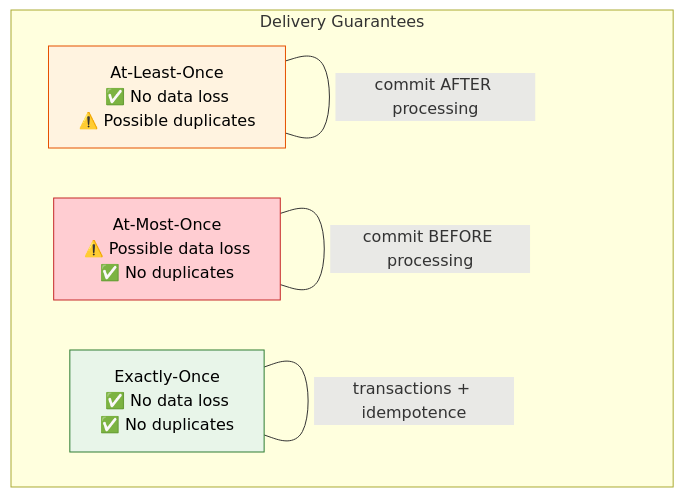
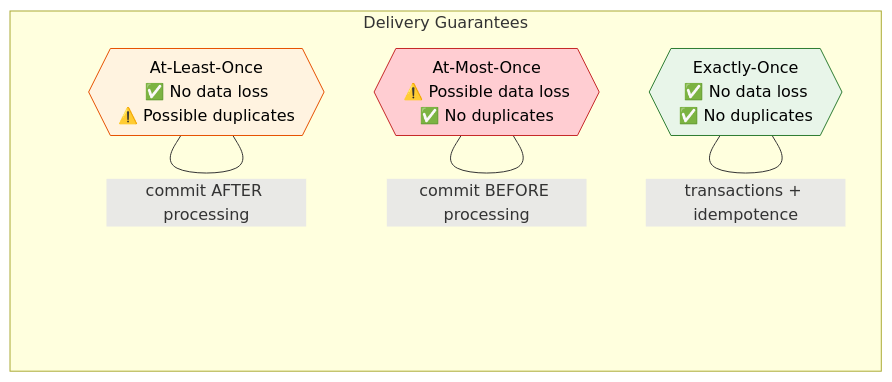
One commit to saivamsikaruturi/vamsilabs-dev-notes-main changed the eighth of 15 diagrams in docs/kafka-messaging/kafka.md. Above: the diagram before and after it, drawn with Mermaid. The commit also changed other lines of this file and 146 other files, not shown here.

Commit message:
Horizontal diagrams, UML class diagrams, typography overhaul, and permalink cleanup

````diff
--- a/docs/kafka-messaging/kafka.md
+++ b/docs/kafka-messaging/kafka.md
@@ -278,16 +278,16 @@
 ```mermaid
-flowchart TD
+flowchart LR
     subgraph Semantics["Delivery Guarantees"]
-        ALO["At-Least-Once<br/>✅ No data loss<br/>⚠️ Possible duplicates"]
-        AMO["At-Most-Once<br/>⚠️ Possible data loss<br/>✅ No duplicates"]
-        EO["Exactly-Once<br/>✅ No data loss<br/>✅ No duplicates"]
+        ALO{{"At-Least-Once<br/>✅ No data loss<br/>⚠️ Possible duplicates"}}
+        AMO{{"At-Most-Once<br/>⚠️ Possible data loss<br/>✅ No duplicates"}}
+        EO{{"Exactly-Once<br/>✅ No data loss<br/>✅ No duplicates"}}
     end
 
     ALO ---|"commit AFTER processing"| ALO
     AMO ---|"commit BEFORE processing"| AMO
     EO ---|"transactions + idempotence"| EO
 
     style ALO fill:#FFF3E0,stroke:#E65100,color:#000
     style AMO fill:#FFCDD2,stroke:#C62828,color:#000
     style EO fill:#E8F5E9,stroke:#2E7D32,color:#000
 ```
````
